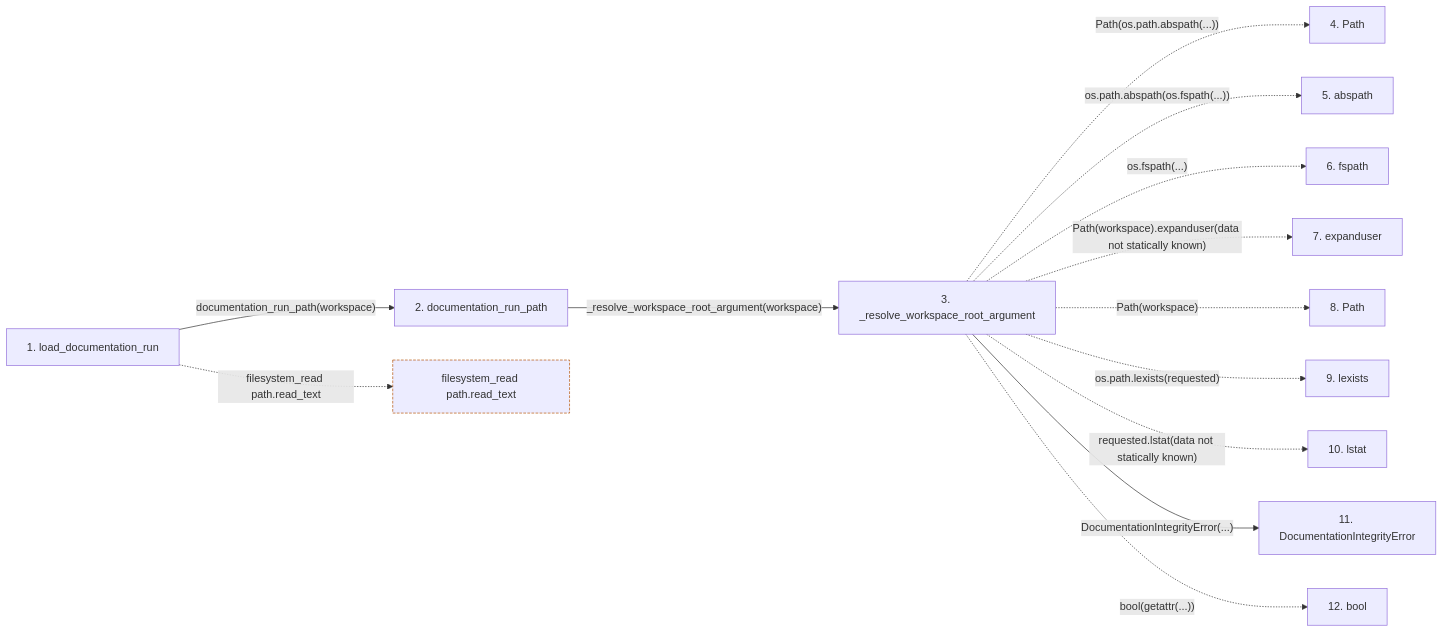
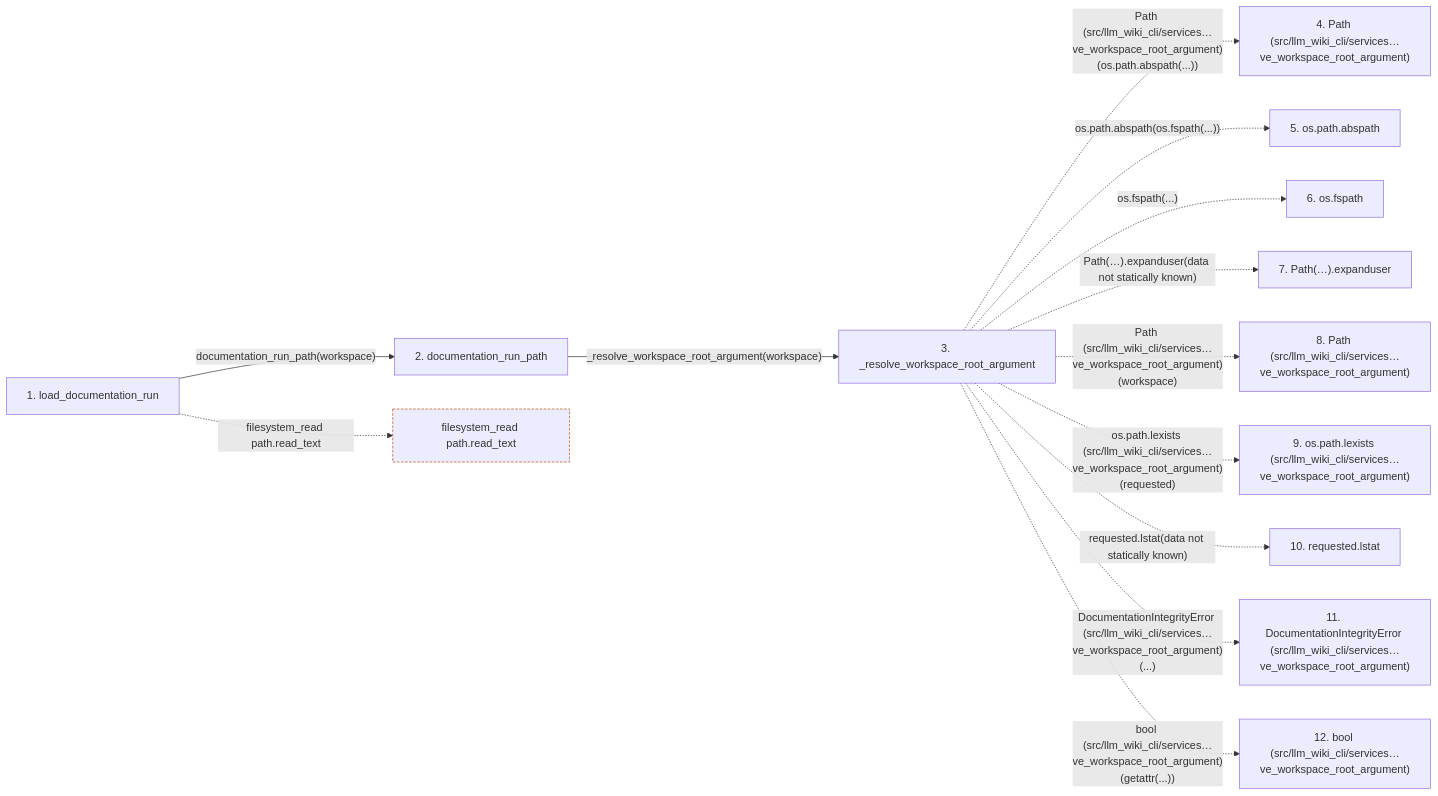
The second of 2 diagrams in docs/llm_wiki/flows/api-load_documentation_run.md (Denissvgn/python-wiki-llm), drawn with Mermaid before and after one commit. The commit also changed other lines of this file and 719 other files, not shown here.

````diff
--- a/docs/llm_wiki/flows/api-load_documentation_run.md
+++ b/docs/llm_wiki/flows/api-load_documentation_run.md
@@ -66,34 +72,33 @@
 ```mermaid
 flowchart LR
     s1["1. load_documentation_run"]
     s2["2. documentation_run_path"]
     s3["3. _resolve_workspace_root_argument"]
-    s4["4. Path"]
-    s5["5. abspath"]
-    s6["6. fspath"]
-    s7["7. expanduser"]
-    s8["8. Path"]
-    s9["9. lexists"]
-    s10["10. lstat"]
-    s11["11. DocumentationIntegrityError"]
-    s12["12. bool"]
+    s4["4. Path (src/llm_wiki_cli/services…ve_workspace_root_argument)"]
+    s5["5. os.path.abspath"]
+    s6["6. os.fspath"]
+    s7["7. Path(…).expanduser"]
+    s8["8. Path (src/llm_wiki_cli/services…ve_workspace_root_argument)"]
+    s9["9. os.path.lexists (src/llm_wiki_cli/services…ve_workspace_root_argument)"]
+    s10["10. requested.lstat"]
+    s11["11. DocumentationIntegrityError (src/llm_wiki_cli/services…ve_workspace_root_argument)"]
+    s12["12. bool (src/llm_wiki_cli/services…ve_workspace_root_argument)"]
     s1 -->|"documentation_run_path(workspace)"| s2
     s2 -->|"_resolve_workspace_root_argument(workspace)"| s3
-    s3 -. "Path(os.path.abspath(...))" .-> s4
+    s3 -. "Path (src/llm_wiki_cli/services…ve_workspace_root_argument)(os.path.abspath(...))" .-> s4
     s3 -. "os.path.abspath(os.fspath(...))" .-> s5
     s3 -. "os.fspath(...)" .-> s6
-    s3 -. "Path(workspace).expanduser(data not statically known)" .-> s7
-    s3 -. "Path(workspace)" .-> s8
-    s3 -. "os.path.lexists(requested)" .-> s9
+    s3 -. "Path(…).expanduser(data not statically known)" .-> s7
+    s3 -. "Path (src/llm_wiki_cli/services…ve_workspace_root_argument)(workspace)" .-> s8
+    s3 -. "os.path.lexists (src/llm_wiki_cli/services…ve_workspace_root_argument)(requested)" .-> s9
     s3 -. "requested.lstat(data not statically known)" .-> s10
-    s3 -->|"DocumentationIntegrityError(...)"| s11
-    s3 -. "bool(getattr(...))" .-> s12
+    s3 -. "DocumentationIntegrityError (src/llm_wiki_cli/services…ve_workspace_root_argument)(...)" .-> s11
+    s3 -. "bool (src/llm_wiki_cli/services…ve_workspace_root_argument)(getattr(...))" .-> s12
     b0["filesystem_read path.read_text"]
     s1 -. "filesystem_read path.read_text" .-> b0
     click s1 "../modules/workspace.md"
     click s2 "../modules/workspace.md"
     click s3 "../modules/workspace.md"
-    click s11 "../modules/documentation_run_contracts.md"
     classDef boundary stroke:#b45309,stroke-dasharray: 4 2
     class b0 boundary
 ```
````
